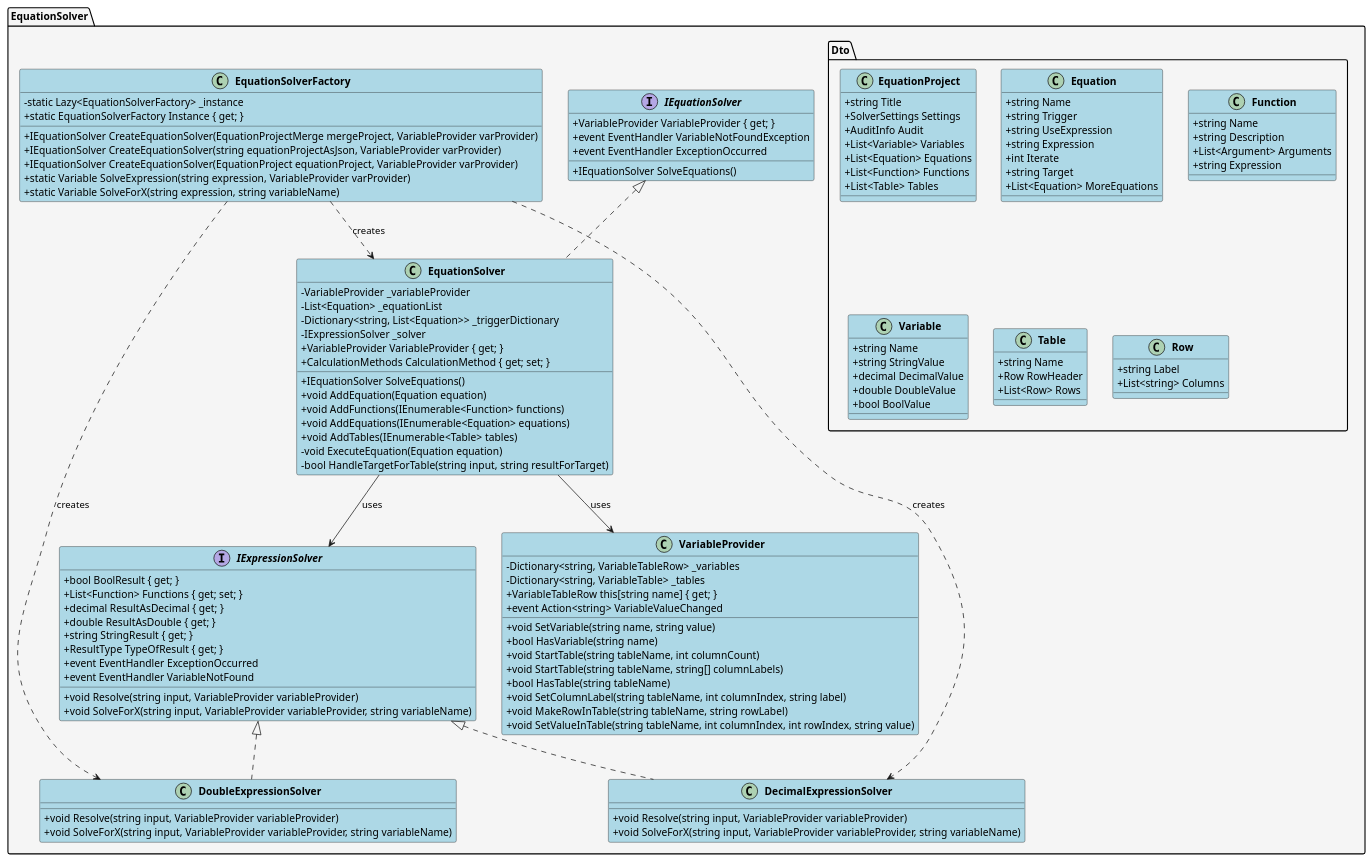
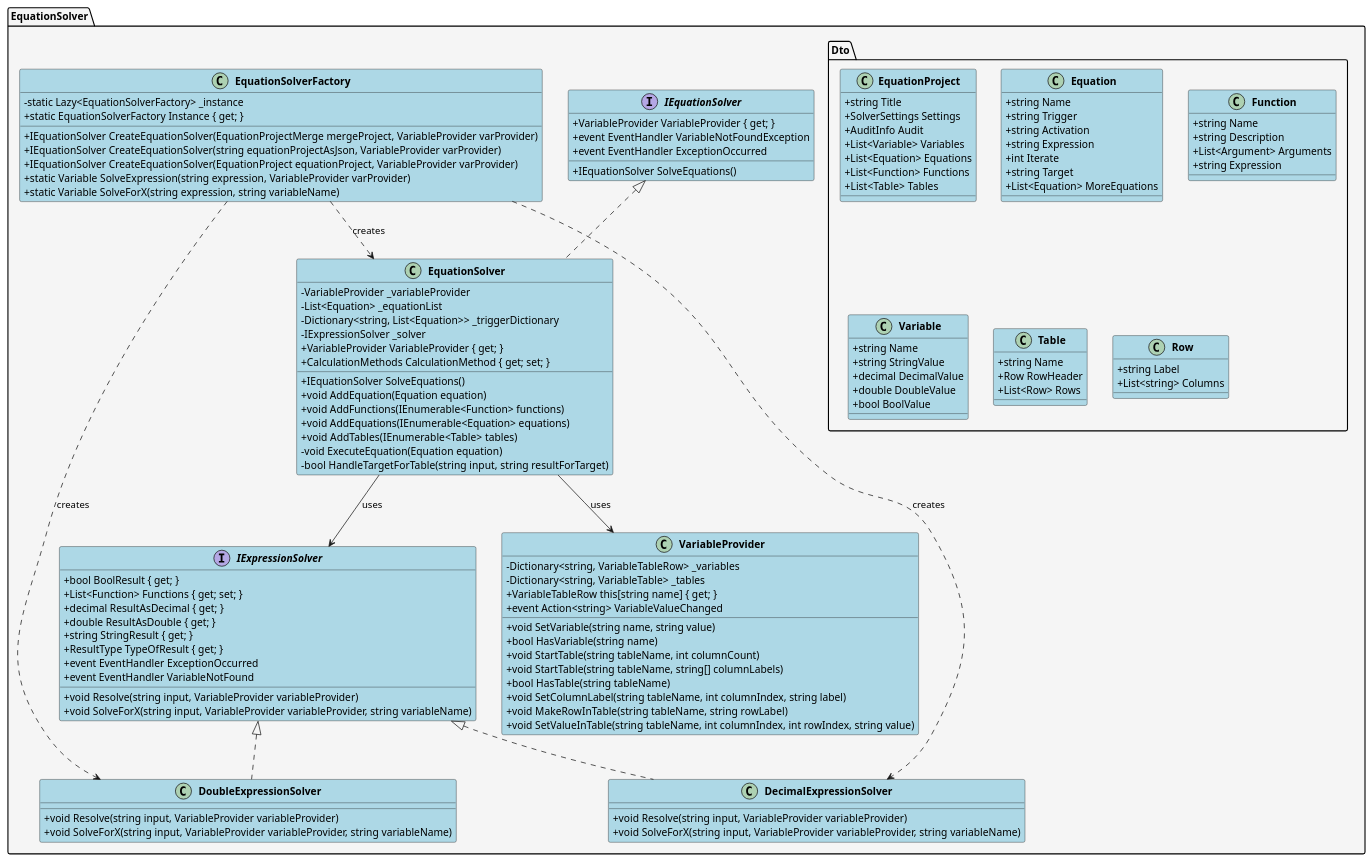
Before and after one commit to JeffBramlett/EquationSolvr: the diagram in plantuml/class_diagram.puml, drawn with PlantUML. The commit also changed 8 other files, not shown here.

Commit message:
Update PlantUML diagrams: rename UseExpression to Activation and add new diagrams

```diff
--- a/plantuml/class_diagram.puml
+++ b/plantuml/class_diagram.puml
@@ -1,139 +1,139 @@
 @startuml EquationSolver Class Diagram
 
 skinparam classAttributeIconSize 0
 skinparam classFontStyle bold
 skinparam classBackgroundColor LightBlue
 skinparam interfaceBackgroundColor LightGreen
 skinparam packageBackgroundColor WhiteSmoke
 
 package "EquationSolver" {
   interface IEquationSolver {
     + VariableProvider VariableProvider { get; }
     + IEquationSolver SolveEquations()
     + event EventHandler VariableNotFoundException
     + event EventHandler ExceptionOccurred
   }
 
   interface IExpressionSolver {
     + bool BoolResult { get; }
     + List<Function> Functions { get; set; }
     + decimal ResultAsDecimal { get; }
     + double ResultAsDouble { get; }
     + string StringResult { get; }
     + ResultType TypeOfResult { get; }
     + event EventHandler ExceptionOccurred
     + event EventHandler VariableNotFound
     + void Resolve(string input, VariableProvider variableProvider)
     + void SolveForX(string input, VariableProvider variableProvider, string variableName)
   }
 
   class EquationSolver {
     - VariableProvider _variableProvider
     - List<Equation> _equationList
     - Dictionary<string, List<Equation>> _triggerDictionary
     - IExpressionSolver _solver
     + VariableProvider VariableProvider { get; }
     + CalculationMethods CalculationMethod { get; set; }
     + IEquationSolver SolveEquations()
     + void AddEquation(Equation equation)
     + void AddFunctions(IEnumerable<Function> functions)
     + void AddEquations(IEnumerable<Equation> equations)
     + void AddTables(IEnumerable<Table> tables)
     - void ExecuteEquation(Equation equation)
     - bool HandleTargetForTable(string input, string resultForTarget)
   }
 
   class EquationSolverFactory {
     - static Lazy<EquationSolverFactory> _instance
     + static EquationSolverFactory Instance { get; }
     + IEquationSolver CreateEquationSolver(EquationProjectMerge mergeProject, VariableProvider varProvider)
     + IEquationSolver CreateEquationSolver(string equationProjectAsJson, VariableProvider varProvider)
     + IEquationSolver CreateEquationSolver(EquationProject equationProject, VariableProvider varProvider)
     + static Variable SolveExpression(string expression, VariableProvider varProvider)
     + static Variable SolveForX(string expression, string variableName)
   }
 
   class DecimalExpressionSolver {
     + void Resolve(string input, VariableProvider variableProvider)
     + void SolveForX(string input, VariableProvider variableProvider, string variableName)
   }
 
   class DoubleExpressionSolver {
     + void Resolve(string input, VariableProvider variableProvider)
     + void SolveForX(string input, VariableProvider variableProvider, string variableName)
   }
 
   class VariableProvider {
     - Dictionary<string, VariableTableRow> _variables
     - Dictionary<string, VariableTable> _tables
     + VariableTableRow this[string name] { get; }
     + void SetVariable(string name, string value)
     + bool HasVariable(string name)
     + void StartTable(string tableName, int columnCount)
     + void StartTable(string tableName, string[] columnLabels)
     + bool HasTable(string tableName)
     + void SetColumnLabel(string tableName, int columnIndex, string label)
     + void MakeRowInTable(string tableName, string rowLabel)
     + void SetValueInTable(string tableName, int columnIndex, int rowIndex, string value)
     + event Action<string> VariableValueChanged
   }
 
   package "Dto" {
     class EquationProject {
       + string Title
       + SolverSettings Settings
       + AuditInfo Audit
       + List<Variable> Variables
       + List<Equation> Equations
       + List<Function> Functions
       + List<Table> Tables
     }
 
     class Equation {
       + string Name
       + string Trigger
-      + string UseExpression
+      + string Activation
       + string Expression
       + int Iterate
       + string Target
       + List<Equation> MoreEquations
     }
 
     class Function {
       + string Name
       + string Description
       + List<Argument> Arguments
       + string Expression
     }
 
     class Variable {
       + string Name
       + string StringValue
       + decimal DecimalValue
       + double DoubleValue
       + bool BoolValue
     }
 
     class Table {
       + string Name
       + Row RowHeader
       + List<Row> Rows
     }
 
     class Row {
       + string Label
       + List<string> Columns
     }
   }
 
   IEquationSolver <|.. EquationSolver
   IExpressionSolver <|.. DecimalExpressionSolver
   IExpressionSolver <|.. DoubleExpressionSolver
   EquationSolver --> IExpressionSolver : uses
   EquationSolver --> VariableProvider : uses
   EquationSolverFactory ..> EquationSolver : creates
   EquationSolverFactory ..> DecimalExpressionSolver : creates
   EquationSolverFactory ..> DoubleExpressionSolver : creates
 }
 
 @enduml
```
